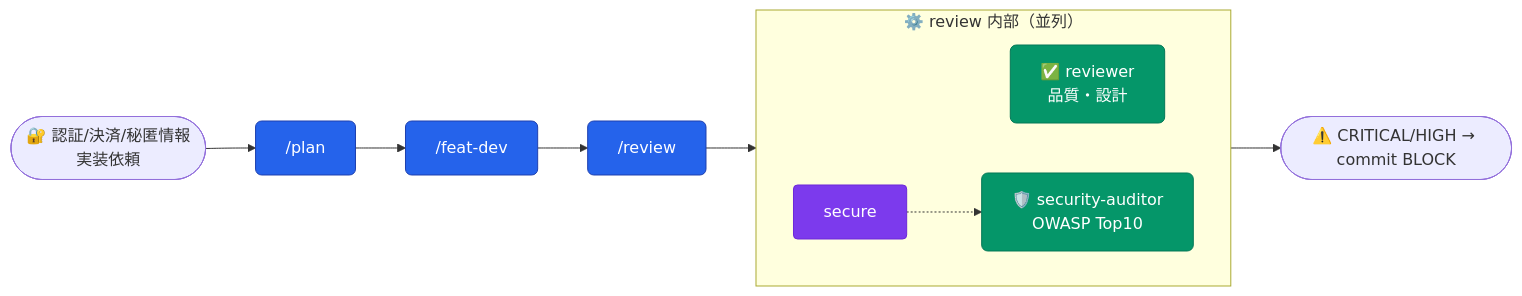
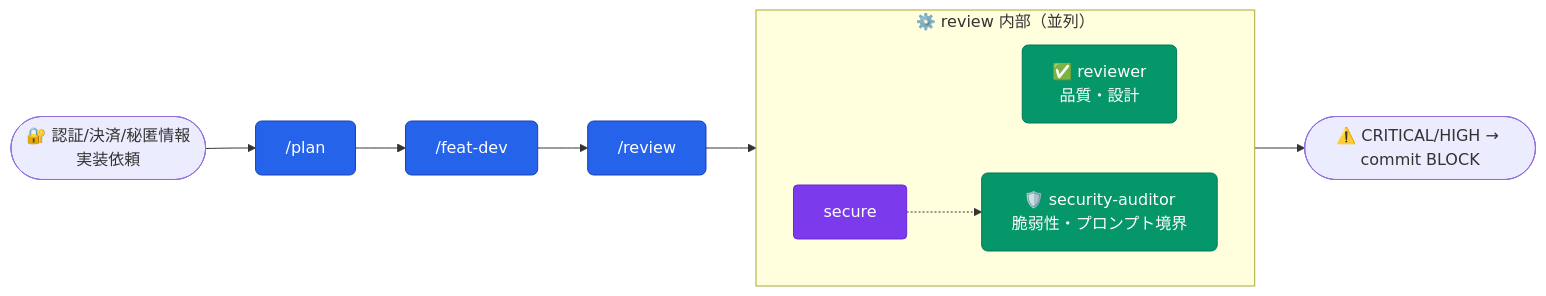
One commit to aokumablue/claq changed the eighth of 19 diagrams in README.md. Above: the diagram before and after it, drawn with Mermaid. The commit also changed other lines of this file, not shown here.

Commit message:
docs(readme): security-auditor の説明を実際に見る観点（脆弱性・プロンプト境界）に合わせる
OWASP Top10 を名指す定義はどこにも無く、ラベルが実態と合っていなかった。

````diff
--- a/README.md
+++ b/README.md
@@ -401,20 +401,20 @@
 ```mermaid
 flowchart LR
   classDef cmd    fill:#2563eb,stroke:#1e40af,color:#fff,rx:6
   classDef agent  fill:#059669,stroke:#047857,color:#fff,rx:6
   classDef skill  fill:#7c3aed,stroke:#6d28d9,color:#fff,rx:4
 
   U(["🔐 認証/決済/秘匿情報<br/>実装依頼"]) --> CP["/plan"]:::cmd
   CP --> CF["/feat-dev"]:::cmd
   CF --> CR["/review"]:::cmd
 
   subgraph review["⚙️ review 内部（並列）"]
     direction LR
     AR["✅ reviewer<br/>品質・設計"]:::agent
-    AS["🛡️ security-auditor<br/>OWASP Top10"]:::agent
+    AS["🛡️ security-auditor<br/>脆弱性・プロンプト境界"]:::agent
     SS["secure"]:::skill -.-> AS
   end
 
   CR --> review
   review --> NEXT(["⚠️ CRITICAL/HIGH → commit BLOCK"])
 ```
````
